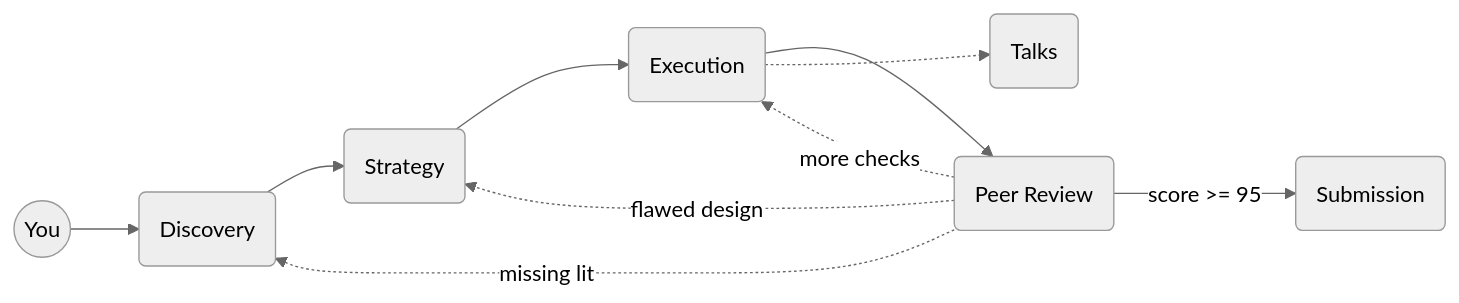
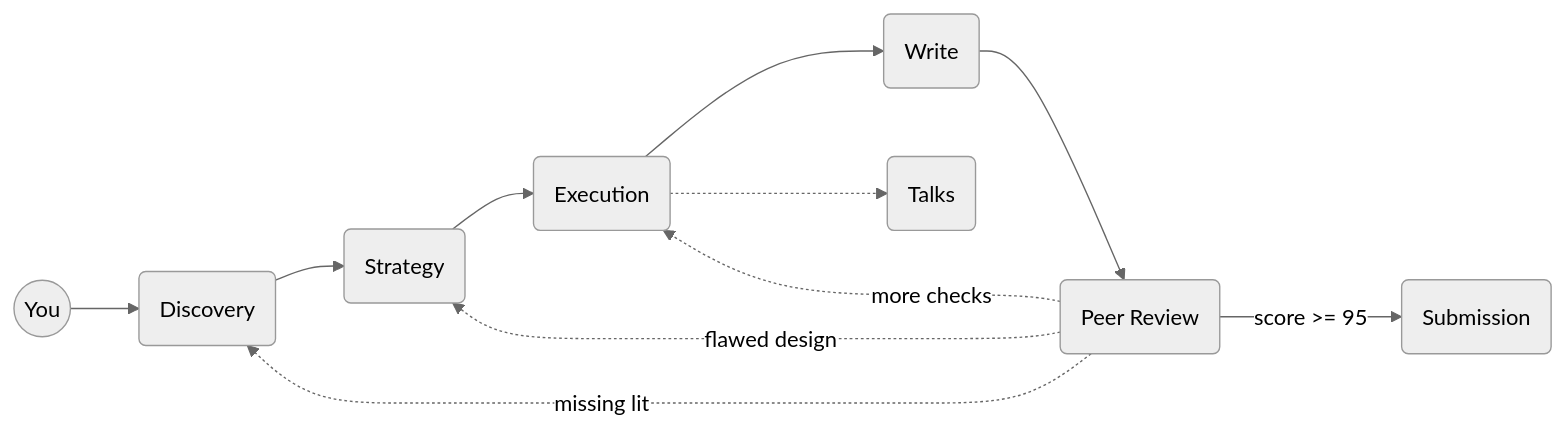
One commit to sebastianritterg/dittonomics changed the first of 2 diagrams in guide/architecture.qmd. Above: the diagram before and after it, drawn with Mermaid (neutral theme). The commit also changed other lines of this file and 38 other files, not shown here.

````diff
--- a/guide/architecture.qmd
+++ b/guide/architecture.qmd
@@ -38,12 +59,13 @@
 ```{mermaid}
 flowchart LR
     YOU((You)) --> D(Discovery)
     D --> S(Strategy)
     S --> E(Execution)
-    E --> R(Peer Review)
+    E --> W(Write)
+    W --> R(Peer Review)
     R -->|score >= 95| SUB(Submission)
     E -.-> T(Talks)
     R -.->|missing lit| D
     R -.->|flawed design| S
     R -.->|more checks| E
 ```
````
